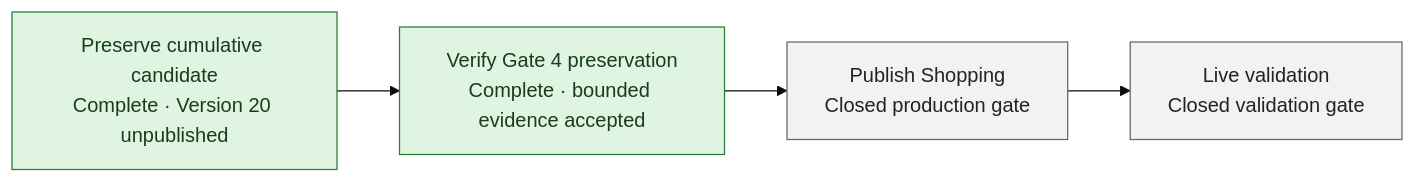
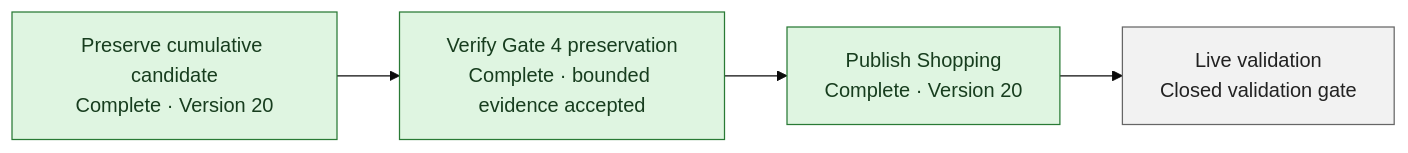
One commit to nguyenk06/book-collection-design changed the diagram in docs/PROJECT_DASHBOARD.md. Above: the diagram before and after it, drawn with Mermaid (base theme). The commit also changed other lines of this file and 12 other files, not shown here.

````diff
--- a/docs/PROJECT_DASHBOARD.md
+++ b/docs/PROJECT_DASHBOARD.md
@@ -30,16 +30,17 @@
 ```mermaid
 flowchart LR
-    A["Preserve cumulative candidate<br/>Complete · Version 20 unpublished"]
+    A["Preserve cumulative candidate<br/>Complete · Version 20"]
     B["Verify Gate 4 preservation<br/>Complete · bounded evidence accepted"]
-    C["Publish Shopping<br/>Closed production gate"]
+    C["Publish Shopping<br/>Complete · Version 20"]
     D["Live validation<br/>Closed validation gate"]
 
     A --> B --> C --> D
 
     classDef complete fill:#dff5e1,stroke:#297a35,color:#173d1e
     classDef partial fill:#ffe8cc,stroke:#b35a00,color:#3a2100
     classDef closed fill:#f2f2f2,stroke:#666,color:#222
     class A complete
     class B complete
-    class C,D closed
+    class C complete
+    class D closed
 ```
````
